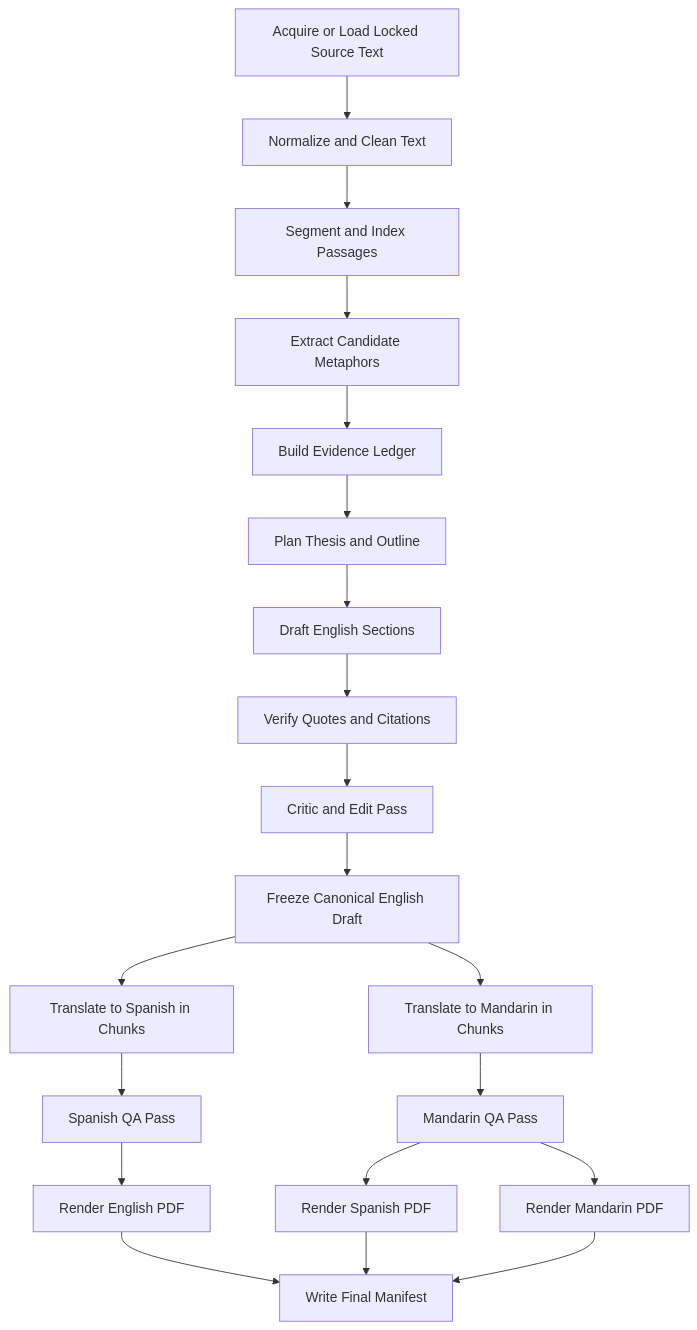
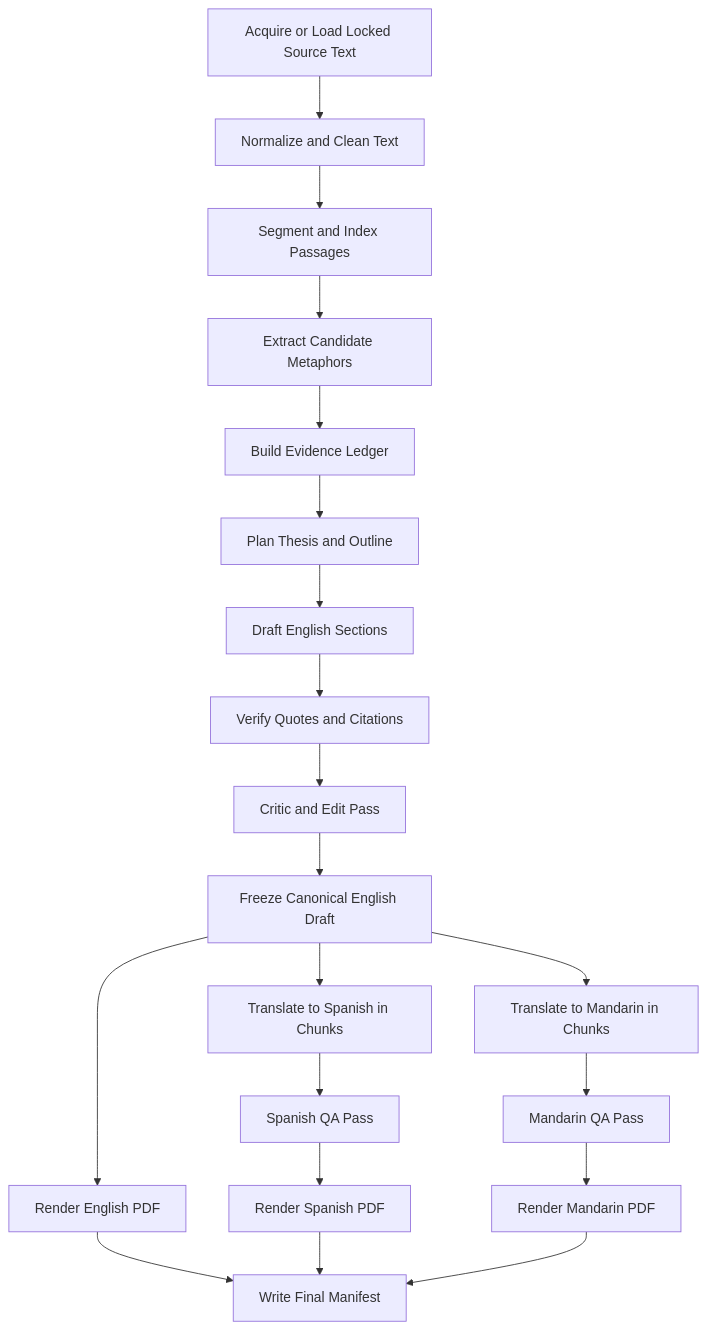
Before and after one commit to AaronNHorvitz/Agent-Gatsby: the diagram in README.md, drawn with Mermaid. The commit also changed other lines of this file, not shown here.

Commit message:
docs: finalize README for architecture, workflow, and execution

````diff
--- a/README.md
+++ b/README.md
@@ -134,22 +134,22 @@
 ```mermaid
 flowchart TD
     A[Acquire or Load Locked Source Text] --> B[Normalize and Clean Text]
     B --> C[Segment and Index Passages]
     C --> D[Extract Candidate Metaphors]
     D --> E[Build Evidence Ledger]
     E --> F[Plan Thesis and Outline]
     F --> G[Draft English Sections]
     G --> H[Verify Quotes and Citations]
     H --> I[Critic and Edit Pass]
     I --> J[Freeze Canonical English Draft]
+    J --> O[Render English PDF]
     J --> K[Translate to Spanish in Chunks]
     J --> L[Translate to Mandarin in Chunks]
     K --> M[Spanish QA Pass]
     L --> N[Mandarin QA Pass]
-    M --> O[Render English PDF]
-    N --> P[Render Spanish PDF]
+    M --> P[Render Spanish PDF]
     N --> Q[Render Mandarin PDF]
     O --> R[Write Final Manifest]
     P --> R
     Q --> R
 ```
````
